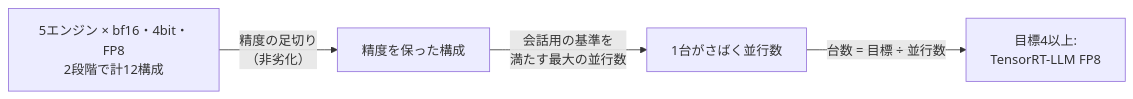
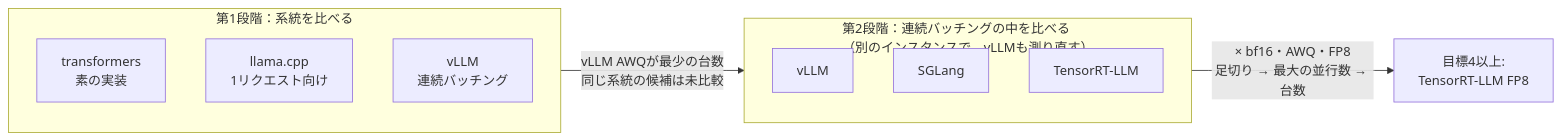
The diagram in README.md (yuya0408/toolcall-serving-bench), drawn with Mermaid before and after one commit. The commit also changed other lines of this file, not shown here.

Commit message:
README: state the motivation, draw the two stages, define concurrency
- One line up front on the question the runs answer.
- The flowchart now shows why there are two stages: stage 1 compared one
  engine per family, stage 2 compared the continuous-batching engines on
  a fresh instance (vLLM re-measured).
- Concurrency is in-flight requests (closed loop), not the user count.

````diff
--- a/README.md
+++ b/README.md
@@ -10,6 +12,17 @@
 ```mermaid
 flowchart LR
-    A["5エンジン × bf16・4bit・FP8<br/>2段階で計12構成"] -->|"精度の足切り<br/>（非劣化）"| B["精度を保った構成"]
-    B -->|"会話用の基準を<br/>満たす最大の並行数"| C["1台がさばく並行数"]
-    C -->|"台数 = 目標 ÷ 並行数"| D["目標4以上:<br/>TensorRT-LLM FP8"]
+    subgraph S1["第1段階：系統を比べる"]
+        direction TB
+        T["transformers<br/>素の実装"]
+        L["llama.cpp<br/>1リクエスト向け"]
+        V1["vLLM<br/>連続バッチング"]
+    end
+    subgraph S2["第2段階：連続バッチングの中を比べる<br/>（別のインスタンスで、vLLMも測り直す）"]
+        direction TB
+        V2["vLLM"]
+        SG["SGLang"]
+        TR["TensorRT-LLM"]
+    end
+    S1 -->|"vLLM AWQが最少の台数<br/>同じ系統の候補は未比較"| S2
+    S2 -->|"× bf16・AWQ・FP8<br/>足切り → 最大の並行数 → 台数"| D["目標4以上:<br/>TensorRT-LLM FP8"]
 ```
````
